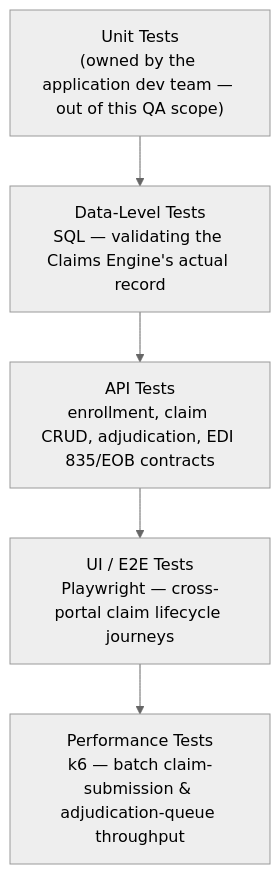
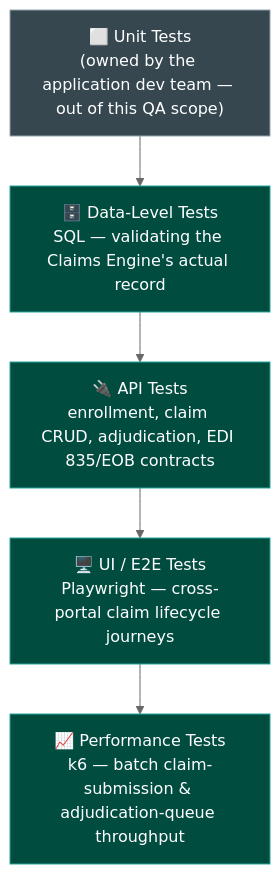
The first of 2 diagrams in docs/tech-and-skills.md (ghanendra-sdet/healthcare-insurance-platform), drawn with Mermaid (neutral theme) before and after one commit. The commit also changed other lines of this file and 1 other file, not shown here.

Commit message:
docs: enrich architecture and tech-and-skills diagrams

````diff
--- a/docs/tech-and-skills.md
+++ b/docs/tech-and-skills.md
@@ -38,9 +38,15 @@
 ```mermaid
 flowchart TD
-    UNIT["Unit Tests<br/>(owned by the application dev team — out of this QA scope)"]
-    DATA["Data-Level Tests<br/>SQL — validating the Claims Engine's actual record"]
-    API["API Tests<br/>enrollment, claim CRUD, adjudication, EDI 835/EOB contracts"]
-    UI["UI / E2E Tests<br/>Playwright — cross-portal claim lifecycle journeys"]
-    PERF["Performance Tests<br/>k6 — batch claim-submission & adjudication-queue throughput"]
+    UNIT["⬜ Unit Tests<br/>(owned by the application dev team — out of this QA scope)"]
+    DATA["🗄️ Data-Level Tests<br/>SQL — validating the Claims Engine's actual record"]
+    API["🔌 API Tests<br/>enrollment, claim CRUD, adjudication, EDI 835/EOB contracts"]
+    UI["🖥️ UI / E2E Tests<br/>Playwright — cross-portal claim lifecycle journeys"]
+    PERF["📈 Performance Tests<br/>k6 — batch claim-submission & adjudication-queue throughput"]
     UNIT --> DATA --> API --> UI --> PERF
+
+    classDef outOfScope fill:#37474f,color:#fff,stroke:#90a4ae,stroke-width:1px
+    classDef inScope fill:#004d40,color:#fff,stroke:#26a69a,stroke-width:1px
+
+    class UNIT outOfScope
+    class DATA,API,UI,PERF inScope
 ```
````
